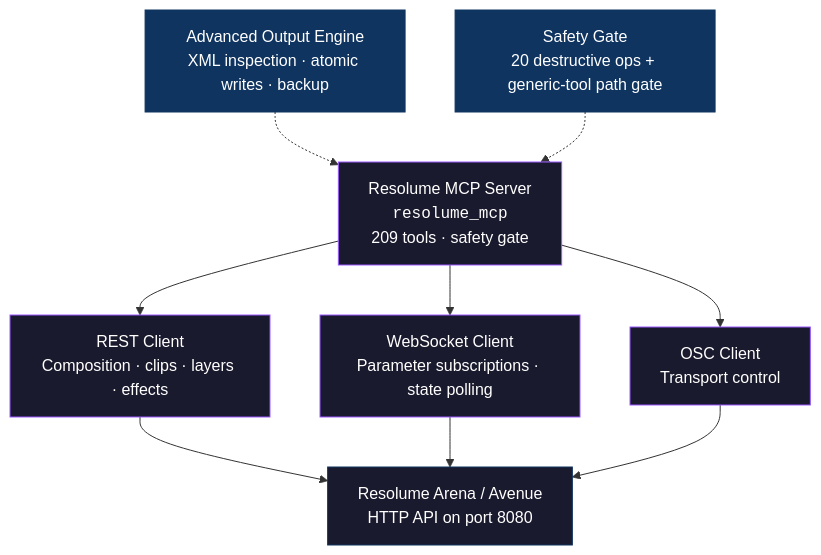
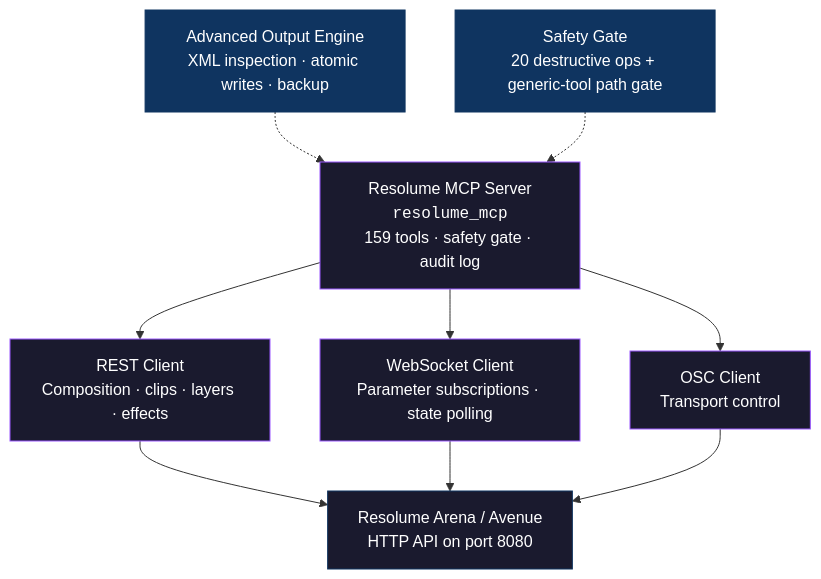
One commit to drohi-r/resolume-mcp changed the diagram in README.md. Above: the diagram before and after it, drawn with Mermaid. The commit also changed other lines of this file and 16 other files, not shown here.

First line of the commit message:
Hide experimental tools, add disconnect fallbacks and an audit log

````diff
--- a/README.md
+++ b/README.md
@@ -62,21 +64,21 @@
 ```mermaid
 graph TD
-    A["Resolume MCP Server<br/><code>resolume_mcp</code><br/>209 tools · safety gate"] --> B
+    A["Resolume MCP Server<br/><code>resolume_mcp</code><br/>159 tools · safety gate · audit log"] --> B
     A --> C
     A --> D
     B["REST Client<br/>Composition · clips · layers · effects"] --> E
     C["WebSocket Client<br/>Parameter subscriptions · state polling"] --> E
     D["OSC Client<br/>Transport control"] --> E
     E["Resolume Arena / Avenue<br/>HTTP API on port 8080"]
 
     F["Advanced Output Engine<br/>XML inspection · atomic writes · backup"] -.-> A
     G["Safety Gate<br/>20 destructive ops + generic-tool path gate"] -.-> A
 
     style A fill:#1a1a2e,stroke:#9B59FF,color:#fff
     style B fill:#1a1a2e,stroke:#9B59FF,color:#fff
     style C fill:#1a1a2e,stroke:#9B59FF,color:#fff
     style D fill:#1a1a2e,stroke:#9B59FF,color:#fff
     style E fill:#1a1a2e,stroke:#0f3460,color:#fff
     style F fill:#0f3460,stroke:#0f3460,color:#fff
     style G fill:#0f3460,stroke:#0f3460,color:#fff
 ```
````
